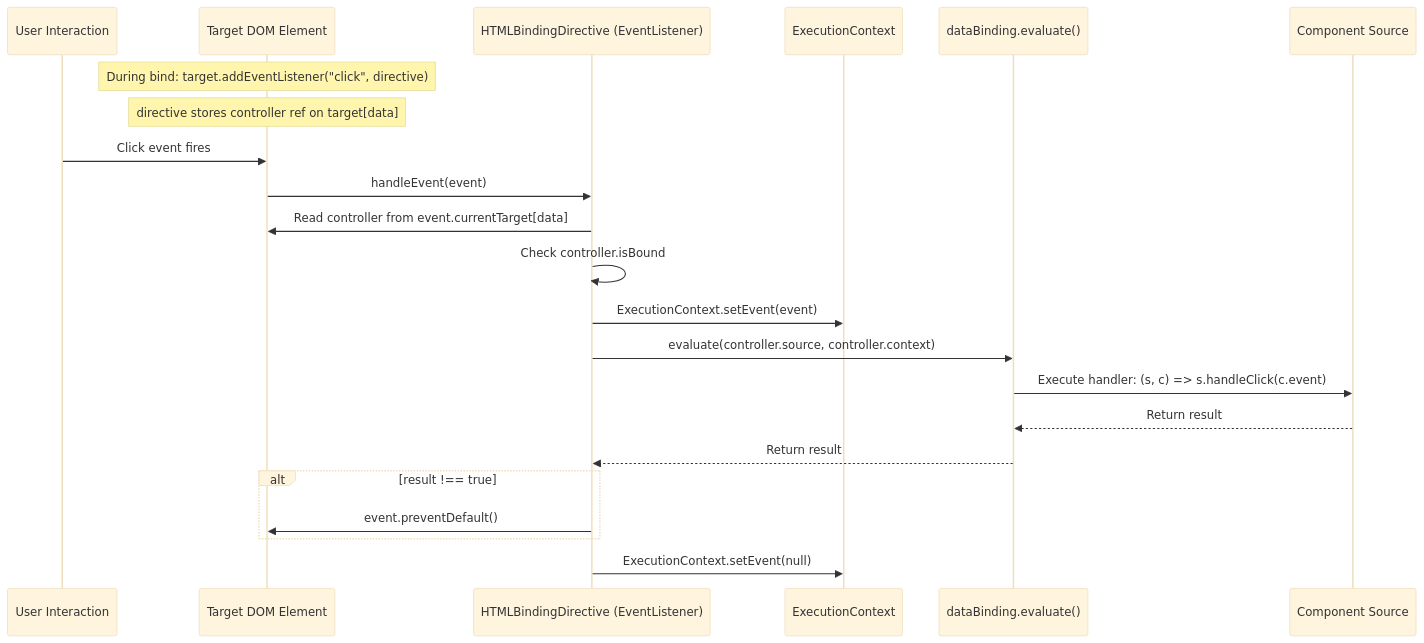
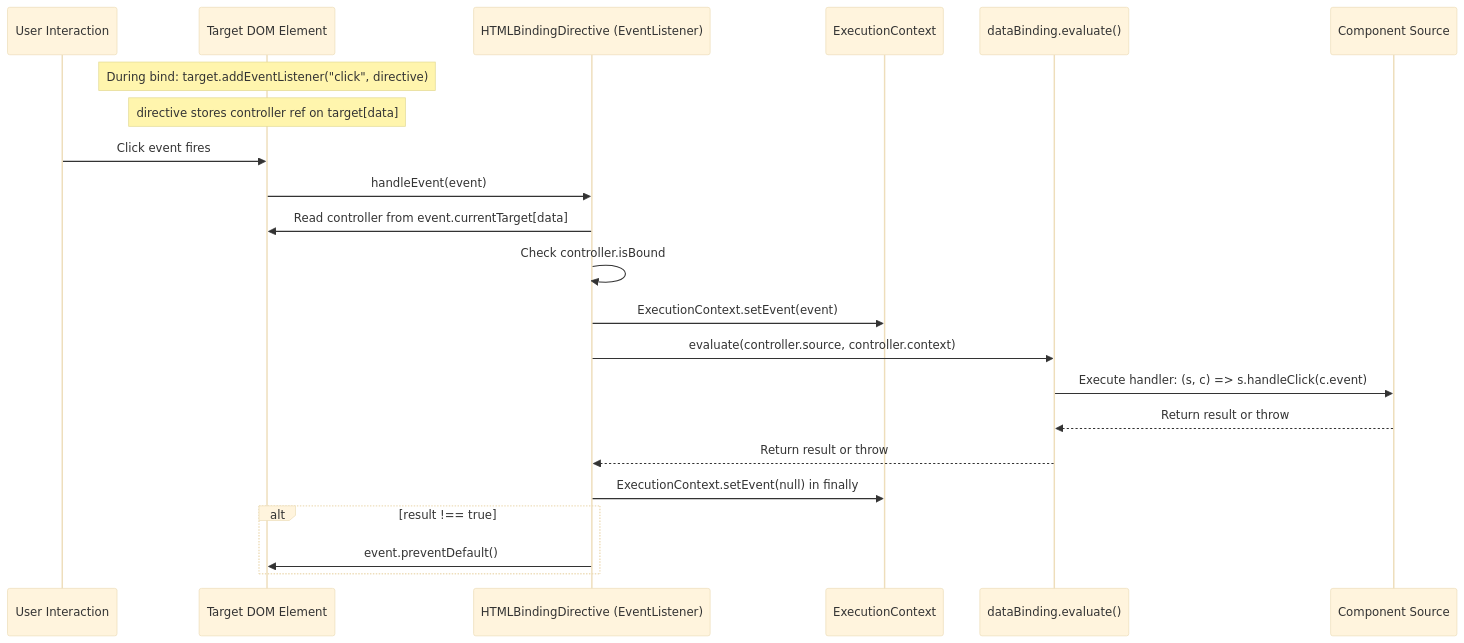
One commit to microsoft/fast changed the sixth of 12 diagrams in packages/fast-element/docs/template-bindings.md. Above: the diagram before and after it, drawn with Mermaid (base theme). The commit also changed other lines of this file and 5 other files, not shown here.

Commit message:
fix(fast-element): clear event context after thrown handlers

````diff
--- a/packages/fast-element/docs/template-bindings.md
+++ b/packages/fast-element/docs/template-bindings.md
@@ -189,26 +189,26 @@
 ```mermaid
 sequenceDiagram
     participant User as User Interaction
     participant DOM as Target DOM Element
     participant Directive as HTMLBindingDirective (EventListener)
     participant Context as ExecutionContext
     participant Binding as dataBinding.evaluate()
     participant Source as Component Source
 
     Note over DOM: During bind: target.addEventListener("click", directive)
     Note over DOM: directive stores controller ref on target[data]
 
     User->>DOM: Click event fires
     DOM->>Directive: handleEvent(event)
     Directive->>DOM: Read controller from event.currentTarget[data]
     Directive->>Directive: Check controller.isBound
     Directive->>Context: ExecutionContext.setEvent(event)
     Directive->>Binding: evaluate(controller.source, controller.context)
     Binding->>Source: Execute handler: (s, c) => s.handleClick(c.event)
-    Source-->>Binding: Return result
-    Binding-->>Directive: Return result
+    Source-->>Binding: Return result or throw
+    Binding-->>Directive: Return result or throw
+    Directive->>Context: ExecutionContext.setEvent(null) in finally
     alt result !== true
         Directive->>DOM: event.preventDefault()
     end
-    Directive->>Context: ExecutionContext.setEvent(null)
 ```
````
